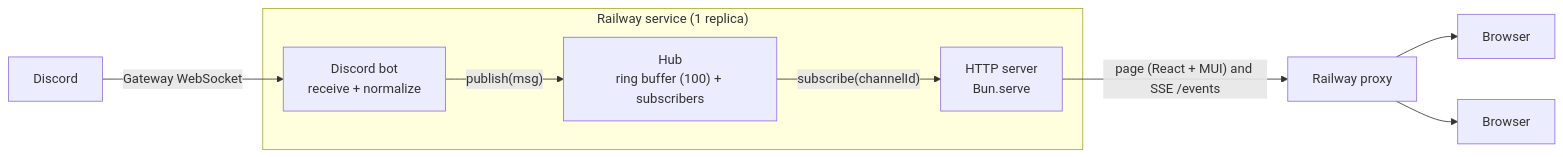
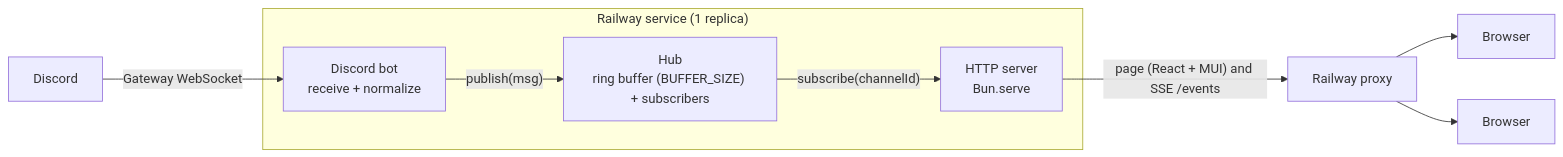
The first of 5 diagrams in docs/system-specs/architecture.md (AmitKulkarni23/discord-relay), drawn with Mermaid before and after one commit. The commit also changed other lines of this file and 11 other files, not shown here.

Commit message:
Make the buffer size a Railway variable (BUFFER_SIZE) and page the history fetch. Mark TASK-007 done.

````diff
--- a/docs/system-specs/architecture.md
+++ b/docs/system-specs/architecture.md
@@ -7,11 +7,11 @@
 ```mermaid
 flowchart LR
   D["Discord"] -- "Gateway WebSocket" --> B
   subgraph RW["Railway service (1 replica)"]
-    B["Discord bot<br/>receive + normalize"] -- "publish(msg)" --> H["Hub<br/>ring buffer (100) + subscribers"]
+    B["Discord bot<br/>receive + normalize"] -- "publish(msg)" --> H["Hub<br/>ring buffer (BUFFER_SIZE) + subscribers"]
     H -- "subscribe(channelId)" --> S["HTTP server<br/>Bun.serve"]
   end
   S -- "page (React + MUI) and SSE /events" --> P["Railway proxy"]
   P --> W1["Browser"]
   P --> W2["Browser"]
 ```
````
